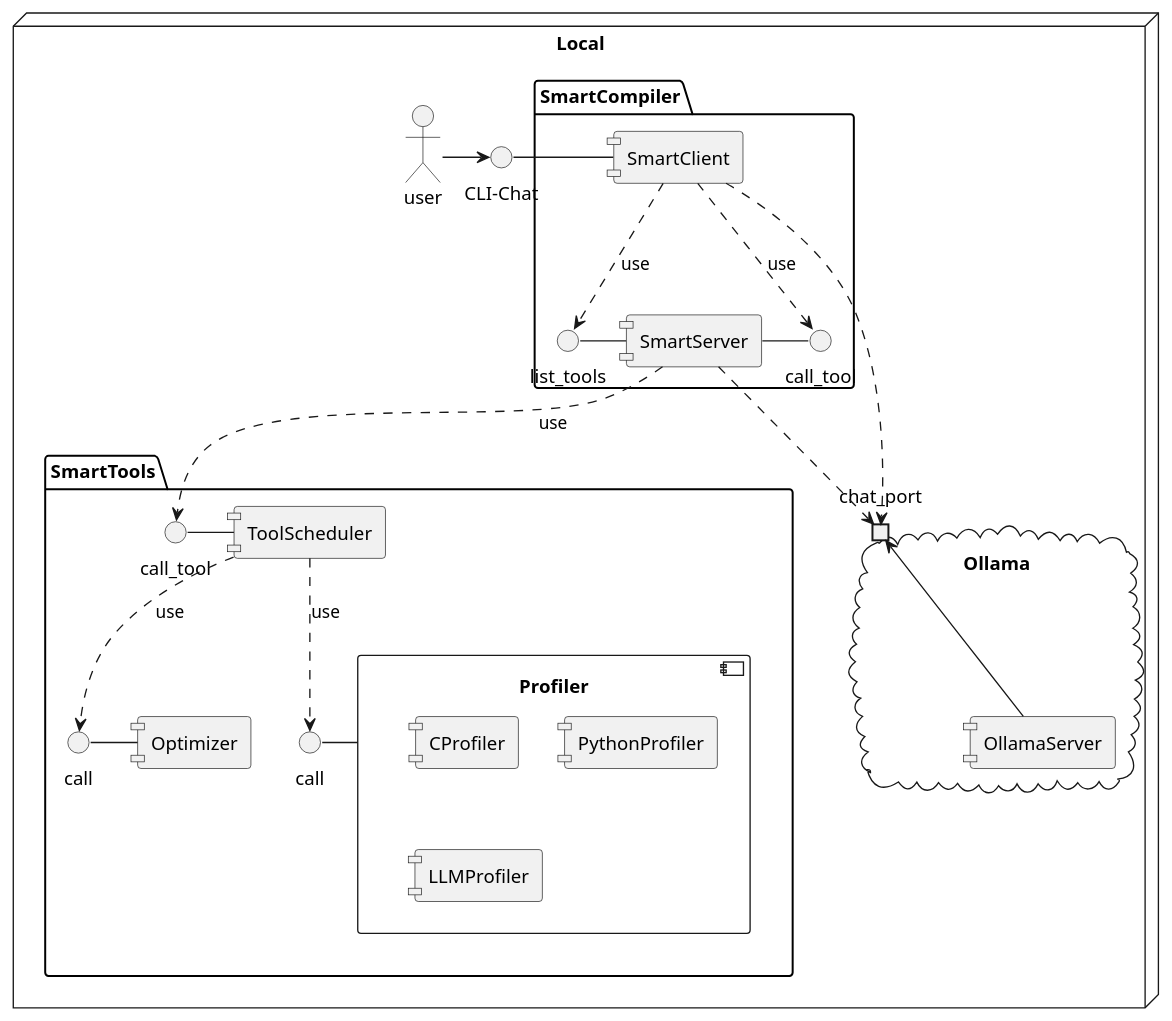
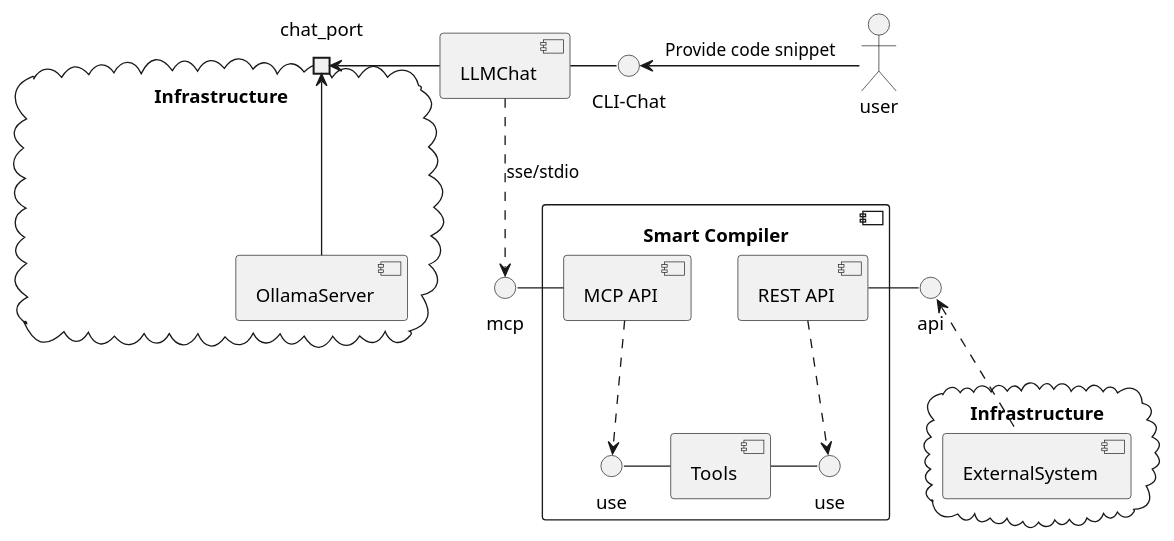
Before and after one commit to ICICLE-ai/SMART-COMPILER: the diagram in architecture.plantuml, drawn with PlantUML. The commit also changed 3 other files, not shown here.

Commit message:
Updated diagram

```diff
--- a/architecture.plantuml
+++ b/architecture.plantuml
@@ -1,63 +1,41 @@
 @startuml
 
-skinparam componentStyle uml1
+cloud "Infrastructure" as infrastructure1 {
+    portin chat_port
+    [OllamaServer] -> chat_port
+}
 
-node "Local" {
-    actor user
-    interface "CLI-Chat" as SmartChat
+interface "CLI-Chat" as SmartChat
 
-    
-
-   
-    cloud "Ollama" {
-        portin chat_port
-        component "OllamaServer" { 
-            [OllamaServer] -> chat_port
-        }
-    }
-
-   
-    
-
-    package "SmartCompiler" {
-        [SmartClient]
-        [SmartServer]
-        SmartChat - [SmartClient]
-        interface "list_tools" as ListTools
-        interface "call_tool" as ServerCallTool
-        [SmartClient] ..> () ListTools: use
-        ListTools - [SmartServer]
-        [SmartServer] - ServerCallTool
-        [SmartClient] ..> () ServerCallTool: use
-
-    }
-
-     package "SmartTools" {
-        [Optimizer]
-        interface "call_tool" as CallTool
-        CallTool - [ToolScheduler]
-        component "Profiler" {
-            [CProfiler]
-            [PythonProfiler]
-            [LLMProfiler]
-        }
-        interface "call" as CallOptimizer
-        interface "call" as CallProfiler
-        CallOptimizer - [Optimizer]
-        CallProfiler - [Profiler]
-        [ToolScheduler] ..> CallOptimizer : use
-        [ToolScheduler] ..> CallProfiler : use
-    }
+component "LLMChat" {
+    [LLMChat] -> chat_port
+    [LLMChat] - SmartChat
+}
 
 
+actor user
+SmartChat <- user : Provide code snippet
 
 
+interface "mcp" as mcp_api
+interface "api" as rest_api
+
+[LLMChat] ..> () mcp_api: sse/stdio
+
+
+component "Smart Compiler" {
+    interface "use" as tools_api
+    interface "use" as tools_mcp
+    [REST API] - rest_api
+    [MCP API] - mcp_api
+    [Tools] - tools_api
+    [MCP API] ..> tools_mcp
+    [REST API] ..> tools_api
+    tools_mcp -[Tools]
 }
 
-user -> SmartChat
-[SmartClient] ..> chat_port
-[SmartServer] ..> chat_port
-[SmartServer] ..> CallTool : use
-
+cloud "Infrastructure" as infrastructure2 {
+    rest_api <.. [ExternalSystem] 
+}
 
 @enduml
```
